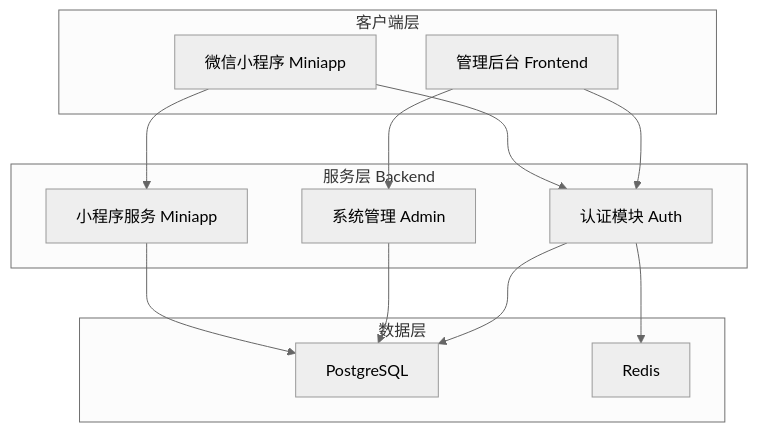
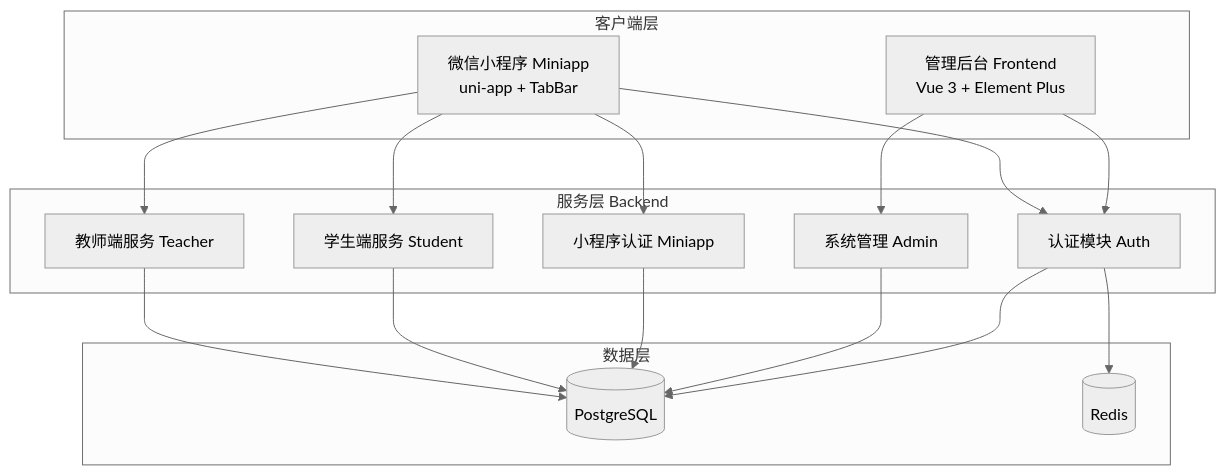
One commit to wxzw/edu changed the first of 9 diagrams in FEATURES.md. Above: the diagram before and after it, drawn with Mermaid (neutral theme). The commit also changed other lines of this file and 154 other files, not shown here.

First line of the commit message:
feat: add teacher/student modules, group management, miniapp pages and backend tests

````diff
--- a/FEATURES.md
+++ b/FEATURES.md
@@ -17,27 +17,33 @@
 ```mermaid
 graph TB
     subgraph "客户端层"
-        A[管理后台 Frontend]
-        B[微信小程序 Miniapp]
+        A[管理后台 Frontend<br/>Vue 3 + Element Plus]
+        B[微信小程序 Miniapp<br/>uni-app + TabBar]
     end
     
     subgraph "服务层 Backend"
         C[认证模块 Auth]
         D[系统管理 Admin]
-        E[小程序服务 Miniapp]
+        E[小程序认证 Miniapp]
+        F[学生端服务 Student]
+        G[教师端服务 Teacher]
     end
     
     subgraph "数据层"
-        F[PostgreSQL]
-        G[Redis]
+        H[(PostgreSQL)]
+        I[(Redis)]
     end
     
     A --> C
     A --> D
     B --> C
     B --> E
-    C --> F
-    C --> G
-    D --> F
-    E --> F
+    B --> F
+    B --> G
+    C --> H
+    C --> I
+    D --> H
+    E --> H
+    F --> H
+    G --> H
 ```
````
